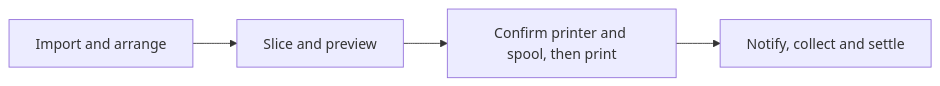
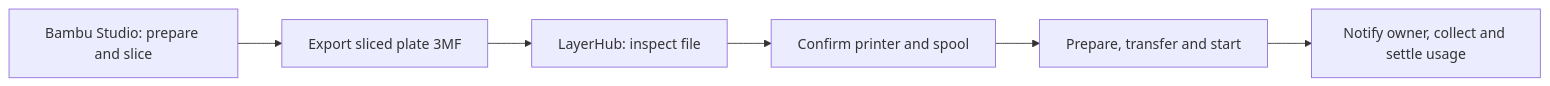
One commit to Tuang-Gaashuan/LayerHub changed the first of 2 diagrams in README.md. Above: the diagram before and after it, drawn with Mermaid. The commit also changed other lines of this file and 156 other files, not shown here.

````diff
--- a/README.md
+++ b/README.md
@@ -77,6 +37,8 @@
 ```mermaid
 flowchart LR
-    Prepare[Import and arrange] --> Slice[Slice and preview]
-    Slice --> Print[Confirm printer and spool, then print]
-    Print --> Finish[Notify, collect and settle]
+    Studio[Bambu Studio: prepare and slice] --> File[Export sliced plate 3MF]
+    File --> Inspect[LayerHub: inspect file]
+    Inspect --> Queue[Confirm printer and spool]
+    Queue --> Print[Prepare, transfer and start]
+    Print --> Finish[Notify owner, collect and settle usage]
 ```
````
